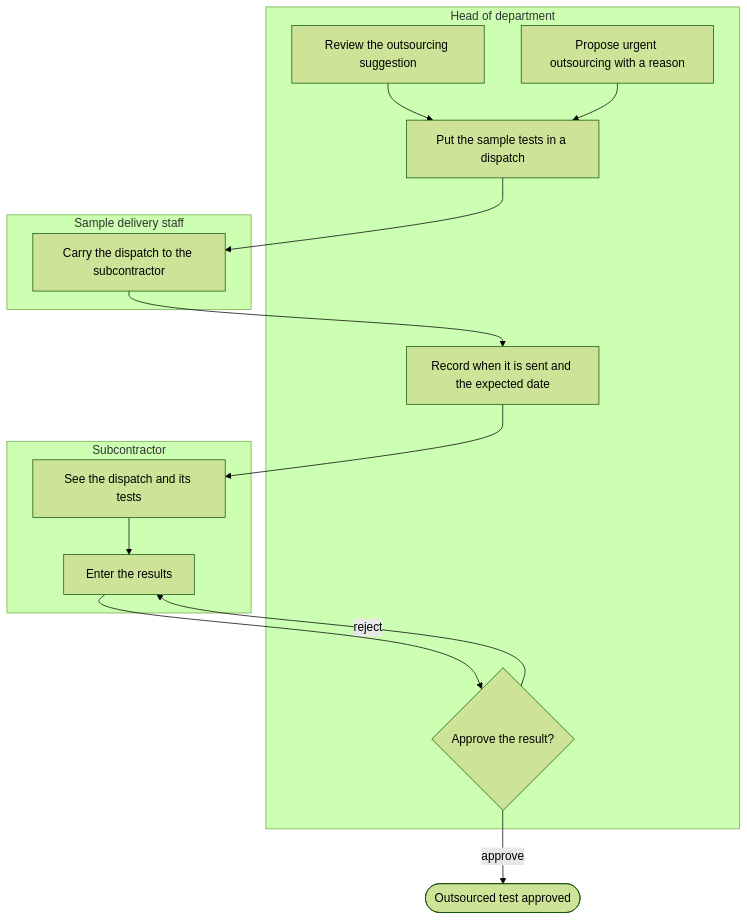
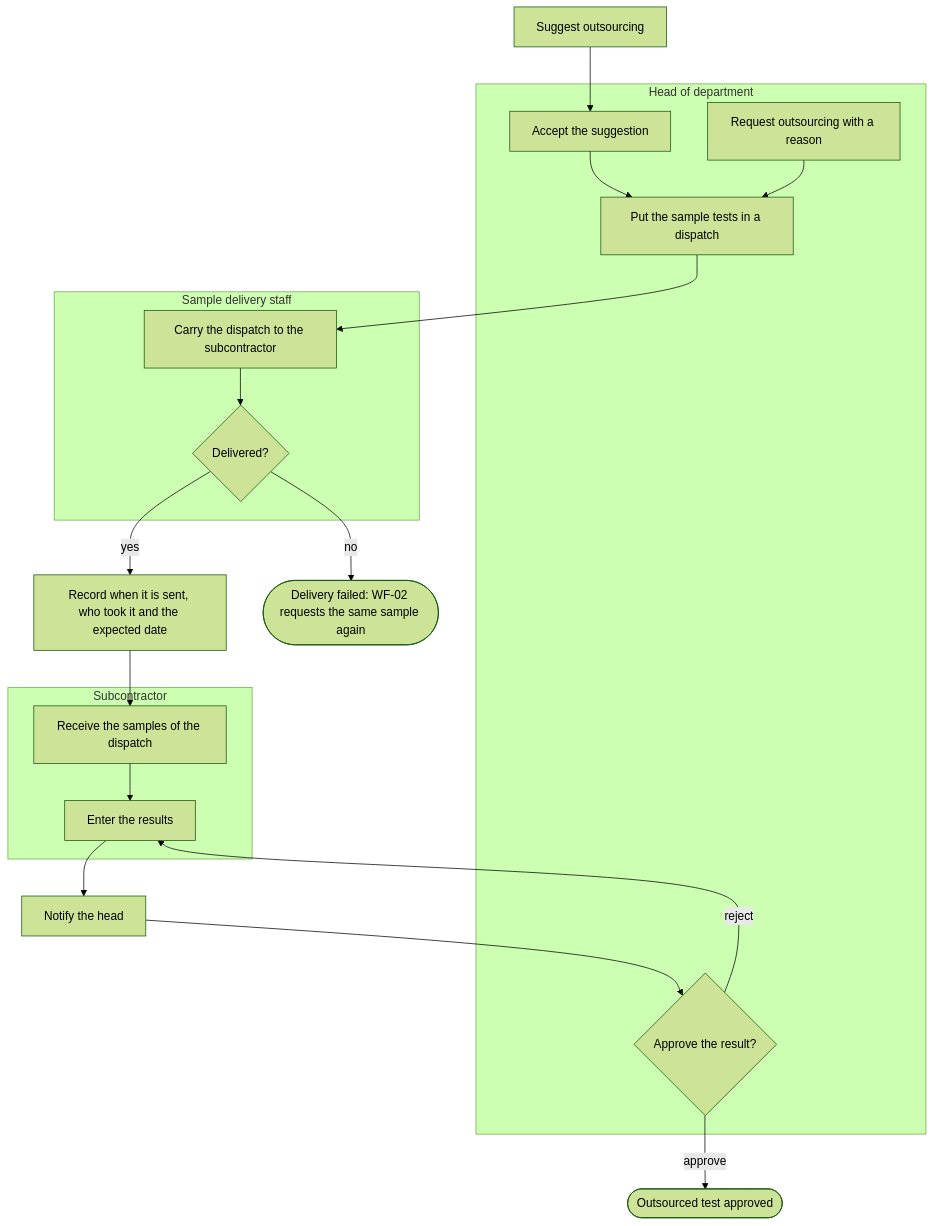
The fifth of 17 diagrams in docs/functional/business-flows.md (SoltuneMontepre/medilab), drawn with Mermaid (forest theme) before and after one commit. The commit also changed other lines of this file and 5 other files, not shown here.

````diff
--- a/docs/functional/business-flows.md
+++ b/docs/functional/business-flows.md
@@ -239,19 +240,22 @@
 ```mermaid
 flowchart TD
+    suggest[Suggest outsourcing]
     subgraph lane12 ["Head of department"]
-        h1[Review the outsourcing suggestion] --> h2[Put the sample tests in a dispatch]
-        h0[Propose urgent outsourcing with a reason] --> h2
-        h3[Record when it is sent and the expected date]
+        h1[Accept the suggestion] --> h2[Put the sample tests in a dispatch]
+        h0[Request outsourcing with a reason] --> h2
         h4{Approve the result?}
     end
     subgraph lane13 ["Sample delivery staff"]
-        d1[Carry the dispatch to the subcontractor]
+        d1[Carry the dispatch to the subcontractor] --> delivered{Delivered?}
     end
     subgraph lane14 ["Subcontractor"]
-        s1[See the dispatch and its tests] --> s2[Enter the results]
+        s1[Receive the samples of the dispatch] --> s2[Enter the results]
     end
-    h2 --> d1 --> h3 --> s1
-    s2 --> h4
+    suggest --> h1
+    h2 --> d1
+    delivered -->|yes| sent[Record when it is sent, who took it and the expected date] --> s1
+    delivered -->|no| wf02([Delivery failed: WF-02 requests the same sample again])
+    s2 --> notify[Notify the head] --> h4
     h4 -->|reject| s2
     h4 -->|approve| done([Outsourced test approved])
 ```
````
